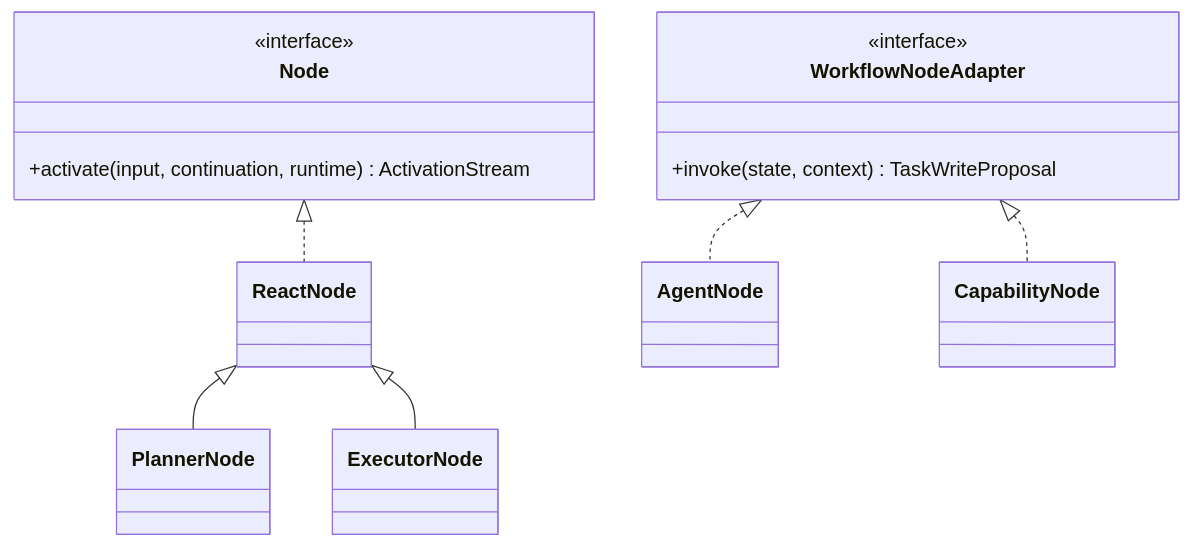
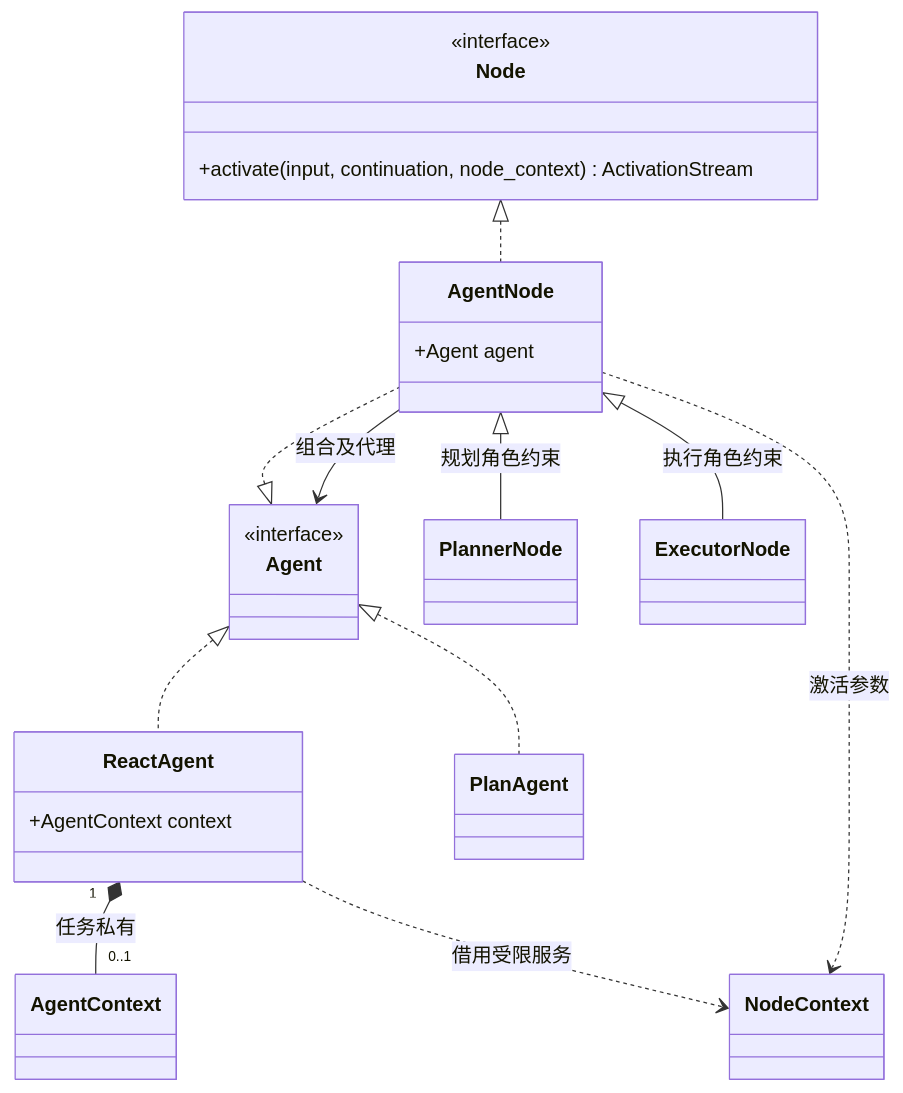
Before and after one commit to dujian0068/agent-loom: the second of 3 diagrams in docs/sdk/definitions.md, drawn with Mermaid. The commit also changed other lines of this file and 15 other files, not shown here.

````diff
--- a/docs/sdk/definitions.md
+++ b/docs/sdk/definitions.md
@@ -100,21 +100,31 @@
 ```mermaid
 classDiagram
     class Node {
       <<interface>>
-      +activate(input, continuation, runtime) ActivationStream
+      +activate(input, continuation, node_context) ActivationStream
     }
-    class ReactNode
+    class Agent {
+      <<interface>>
+    }
+    class AgentNode {
+      +Agent agent
+    }
+    class ReactAgent {
+      +AgentContext context
+    }
+    class PlanAgent
     class PlannerNode
     class ExecutorNode
-    class WorkflowNodeAdapter {
-      <<interface>>
-      +invoke(state, context) TaskWriteProposal
-    }
-    class AgentNode
-    class CapabilityNode
-    Node <|.. ReactNode
-    ReactNode <|-- PlannerNode
-    ReactNode <|-- ExecutorNode
-    WorkflowNodeAdapter <|.. AgentNode
-    WorkflowNodeAdapter <|.. CapabilityNode
+    class AgentContext
+    class NodeContext
+    Node <|.. AgentNode
+    Agent <|.. AgentNode
+    Agent <|.. ReactAgent
+    Agent <|.. PlanAgent
+    AgentNode --> Agent : 组合及代理
+    AgentNode <|-- PlannerNode : 规划角色约束
+    AgentNode <|-- ExecutorNode : 执行角色约束
+    ReactAgent "1" *-- "0..1" AgentContext : 任务私有
+    AgentNode ..> NodeContext : 激活参数
+    ReactAgent ..> NodeContext : 借用受限服务
 ```
````
